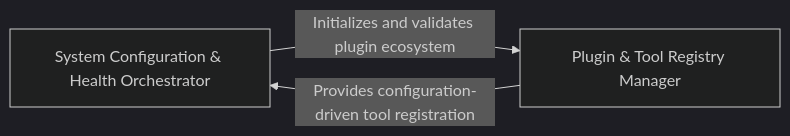
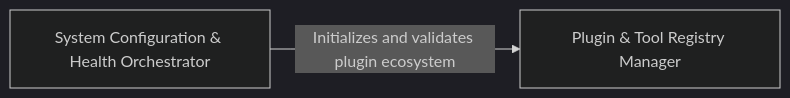
One commit to CodeBoarding/CodeBoarding changed the diagram in .codeboarding/Configuration_System_Health_Validator.md. Above: the diagram before and after it, drawn with Mermaid (dark theme). The commit also changed other lines of this file and 15 other files, not shown here.

Commit message:
chore(codeboarding): sync architecture baseline

````diff
--- a/.codeboarding/Configuration_System_Health_Validator.md
+++ b/.codeboarding/Configuration_System_Health_Validator.md
@@ -1,7 +1,6 @@
 ```mermaid
 graph LR
     System_Configuration_Health_Orchestrator["System Configuration & Health Orchestrator"]
     Plugin_Tool_Registry_Manager["Plugin & Tool Registry Manager"]
     System_Configuration_Health_Orchestrator -- "Initializes and validates plugin ecosystem" --> Plugin_Tool_Registry_Manager
-    Plugin_Tool_Registry_Manager -- "Provides configuration-driven tool registration" --> System_Configuration_Health_Orchestrator
 ```
````
